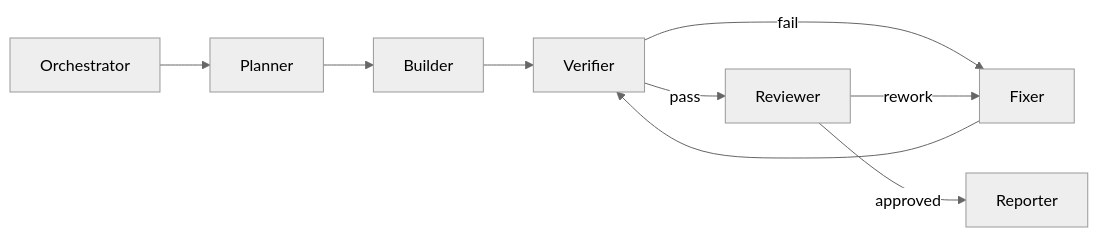
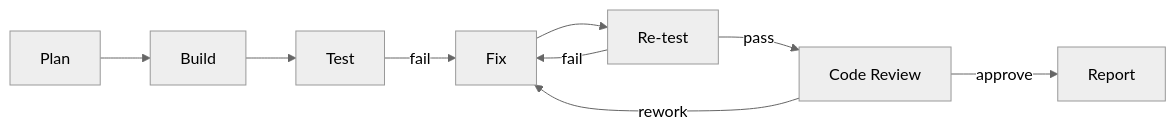
One commit to jedikim/web-testing changed the diagram in doc/CODEX-RUNBOOK.en.md. Above: the diagram before and after it, drawn with Mermaid (neutral theme). The commit also changed other lines of this file and 27 other files, not shown here.

Commit message:
docs: refresh bilingual docs for current architecture and operations

````diff
--- a/doc/CODEX-RUNBOOK.en.md
+++ b/doc/CODEX-RUNBOOK.en.md
@@ -44,11 +31,11 @@
 ```mermaid
 flowchart LR
-    O[Orchestrator] --> P[Planner]
-    P --> B[Builder]
-    B --> V[Verifier]
-    V -->|fail| F[Fixer]
-    F --> V
-    V -->|pass| R[Reviewer]
-    R -->|approved| RP[Reporter]
-    R -->|rework| F
+    P[Plan] --> B[Build]
+    B --> T[Test]
+    T -->|fail| F[Fix]
+    F --> R[Re-test]
+    R -->|fail| F
+    R -->|pass| C[Code Review]
+    C -->|rework| F
+    C -->|approve| O[Report]
 ```
````
